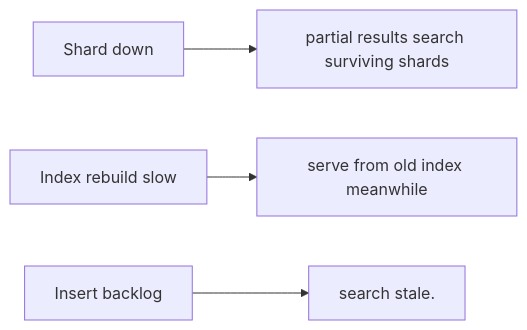
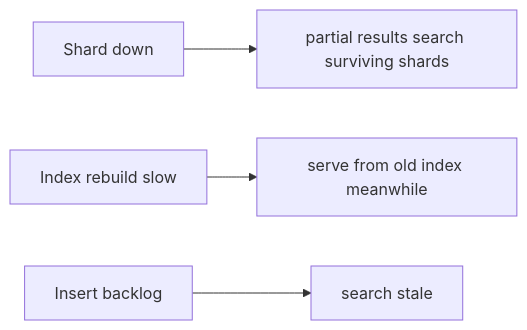
One commit to RIT-MESH/system-design-mastery changed the third of 3 diagrams in case-studies/extreme/vector-database.md. Above: the diagram before and after it, drawn with Mermaid. The commit also changed other lines of this file and 215 other files, not shown here.

First line of the commit message:
Complete all remaining work: expand case studies, add 13 AI case studies, fix diagrams, status to Complete

````diff
--- a/case-studies/extreme/vector-database.md
+++ b/case-studies/extreme/vector-database.md
@@ -29,13 +35,13 @@
 ```mermaid
 %% created-for: system-design-mastery
 flowchart LR
   C1["Shard down"]
   R2["partial results search surviving shards"]
   C1 --> R2
   C3["Index rebuild slow"]
   R4["serve from old index meanwhile"]
   C3 --> R4
   C5["Insert backlog"]
-  R6["search stale."]
+  R6["search stale"]
   C5 --> R6
 ```
````
